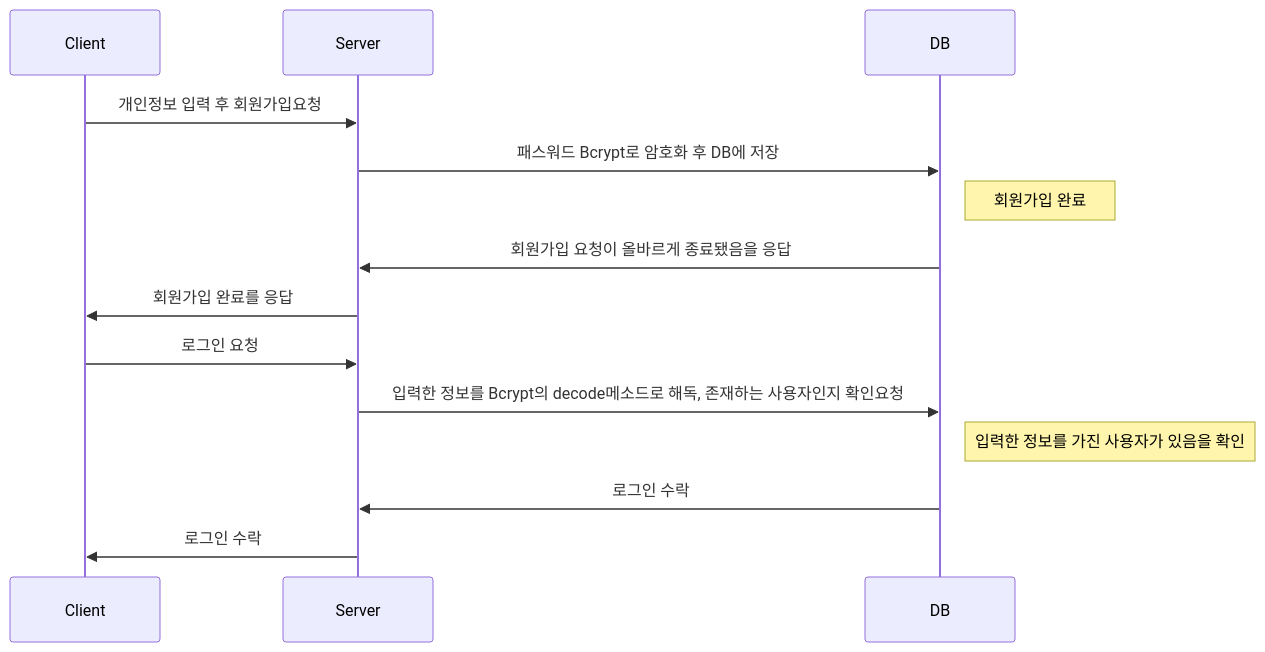
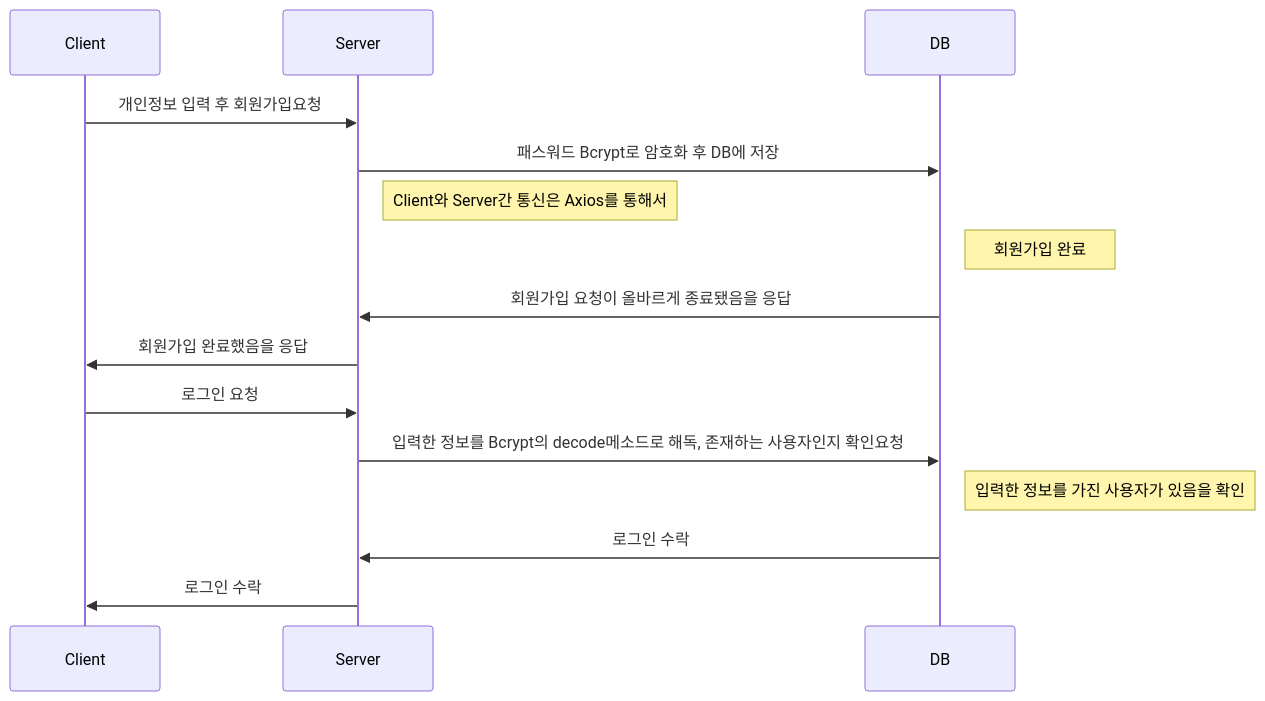
The first of 2 diagrams in README.md (ysh038/Arcane), drawn with Mermaid before and after one commit. The commit also changed other lines of this file, not shown here.

````diff
--- a/README.md
+++ b/README.md
@@ -58,14 +59,15 @@
 ```mermaid
 sequenceDiagram
 Client->> Server: 개인정보 입력 후 회원가입요청
 Server->>DB: 패스워드 Bcrypt로 암호화 후 DB에 저장
+Note right of Server : Client와 Server간 통신은 Axios를 통해서
 Note right of DB: 회원가입 완료
 DB->>Server: 회원가입 요청이 올바르게 종료됐음을 응답
-Server->>Client: 회원가입 완료를 응답
+Server->>Client: 회원가입 완료했음을 응답
 
 Client->> Server: 로그인 요청
 Server->> DB: 입력한 정보를 Bcrypt의 decode메소드로 해독, 존재하는 사용자인지 확인요청
 Note right of DB: 입력한 정보를 가진 사용자가 있음을 확인
 DB->>Server: 로그인 수락
 Server->>Client: 로그인 수락
 ```
````
